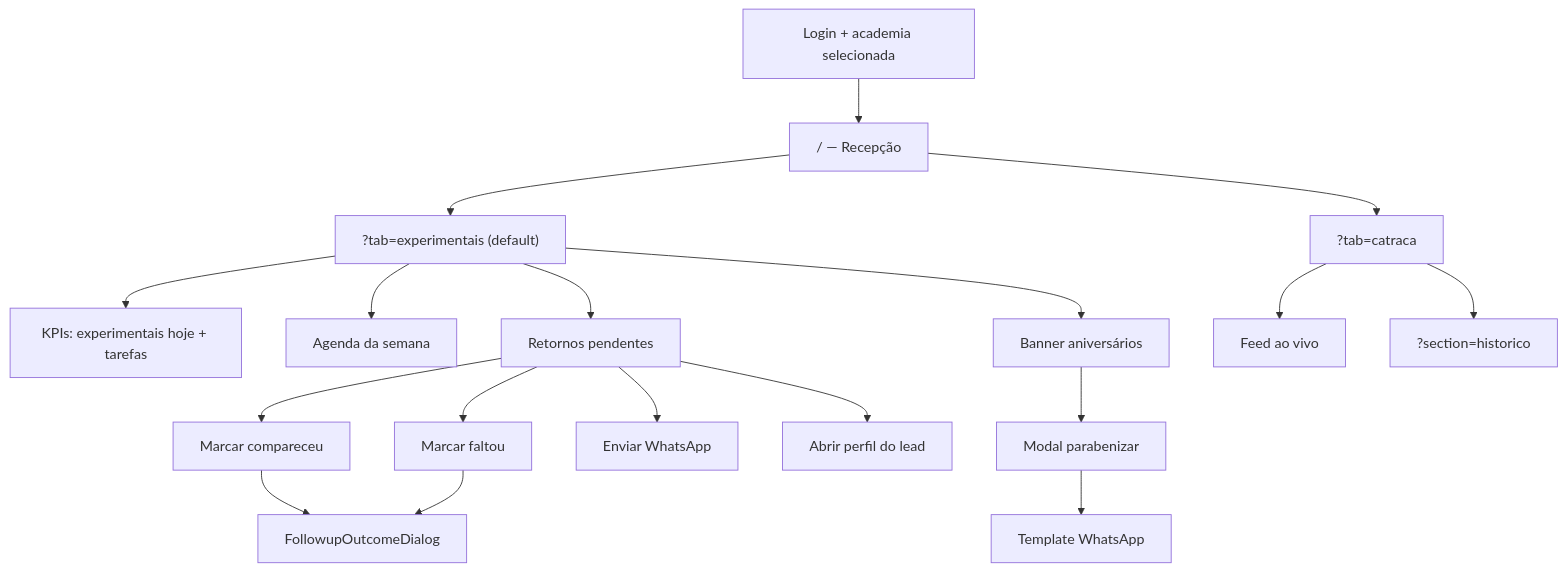
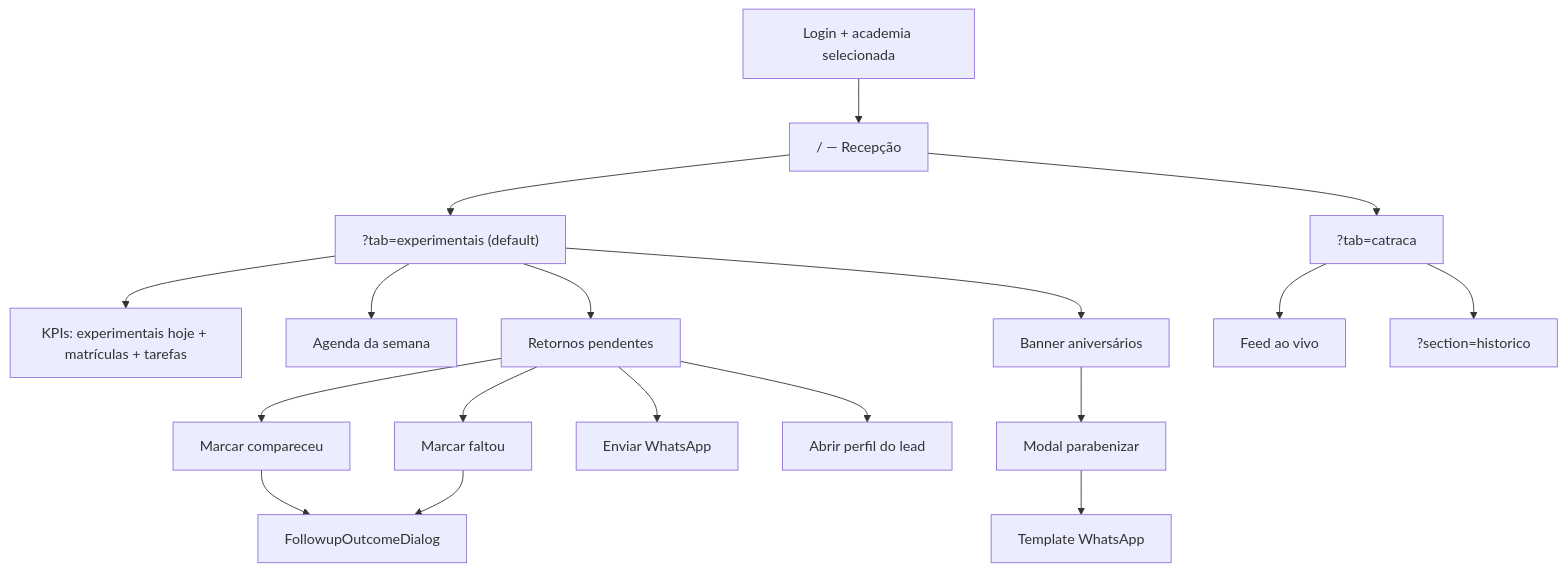
One commit to brunaamaralp/bjj changed the diagram in docs/flows/crm/hoje-dashboard.md. Above: the diagram before and after it, drawn with Mermaid. The commit also changed other lines of this file and 26 other files, not shown here.

````diff
--- a/docs/flows/crm/hoje-dashboard.md
+++ b/docs/flows/crm/hoje-dashboard.md
@@ -34,20 +34,20 @@
 ```mermaid
 flowchart TD
   login[Login + academia selecionada] --> recepcao["/ — Recepção"]
   recepcao --> tabExp["?tab=experimentais (default)"]
   recepcao --> tabCat["?tab=catraca"]
-  tabExp --> kpi[KPIs: experimentais hoje + tarefas]
+  tabExp --> kpi[KPIs: experimentais hoje + matrículas + tarefas]
   tabExp --> agenda[Agenda da semana]
   tabExp --> followup[Retornos pendentes]
   tabExp --> birthday[Banner aniversários]
   tabCat --> live[Feed ao vivo]
   tabCat --> hist["?section=historico"]
   followup --> attended[Marcar compareceu]
   followup --> missed[Marcar faltou]
   followup --> whatsapp[Enviar WhatsApp]
   followup --> profile[Abrir perfil do lead]
   attended --> outcome[FollowupOutcomeDialog]
   missed --> outcome
   birthday --> birthdayModal[Modal parabenizar]
   birthdayModal --> whatsappBirthday[Template WhatsApp]
 ```
````
